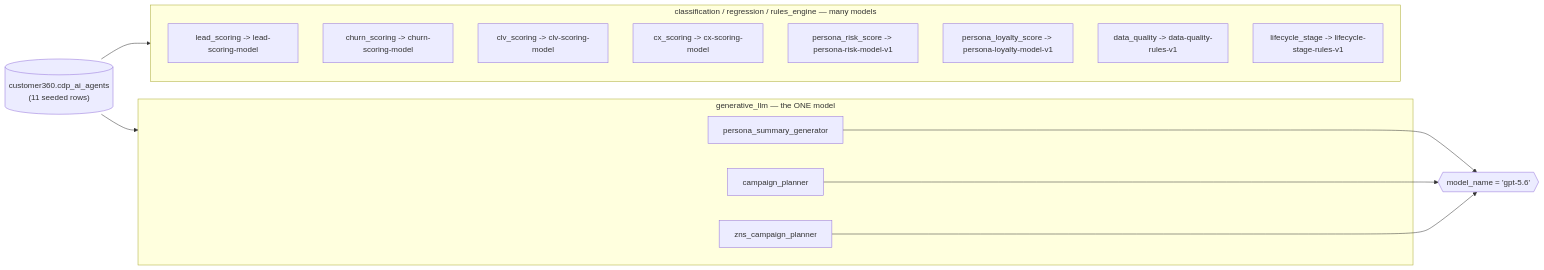
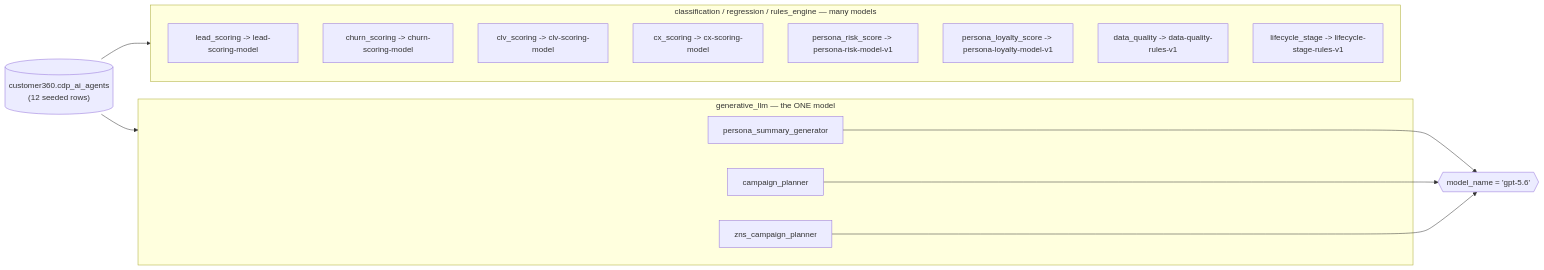
Before and after one commit to LEO-CDP/leo-customer360: the second of 11 diagrams in docs/research-papers/one-model-across-customer360.md, drawn with Mermaid. The commit also changed other lines of this file and 44 other files, not shown here.

````diff
--- a/docs/research-papers/one-model-across-customer360.md
+++ b/docs/research-papers/one-model-across-customer360.md
@@ -113,28 +113,28 @@
 ```mermaid
 flowchart LR
-    REG[("customer360.cdp_ai_agents\n(11 seeded rows)")]
+    REG[("customer360.cdp_ai_agents\n(12 seeded rows)")]
 
     subgraph Gen["generative_llm — the ONE model"]
       PSG[persona_summary_generator]
       CP[campaign_planner]
       ZP[zns_campaign_planner]
     end
     GPT{{"model_name = 'gpt-5.6'"}}
 
     subgraph ML["classification / regression / rules_engine — many models"]
       LS["lead_scoring -> lead-scoring-model"]
       CS["churn_scoring -> churn-scoring-model"]
       CLV["clv_scoring -> clv-scoring-model"]
       CX["cx_scoring -> cx-scoring-model"]
       PR["persona_risk_score -> persona-risk-model-v1"]
       PL["persona_loyalty_score -> persona-loyalty-model-v1"]
       DQ["data_quality -> data-quality-rules-v1"]
       LC["lifecycle_stage -> lifecycle-stage-rules-v1"]
     end
 
     REG --> Gen
     REG --> ML
     PSG --> GPT
     CP --> GPT
     ZP --> GPT
 ```
````
